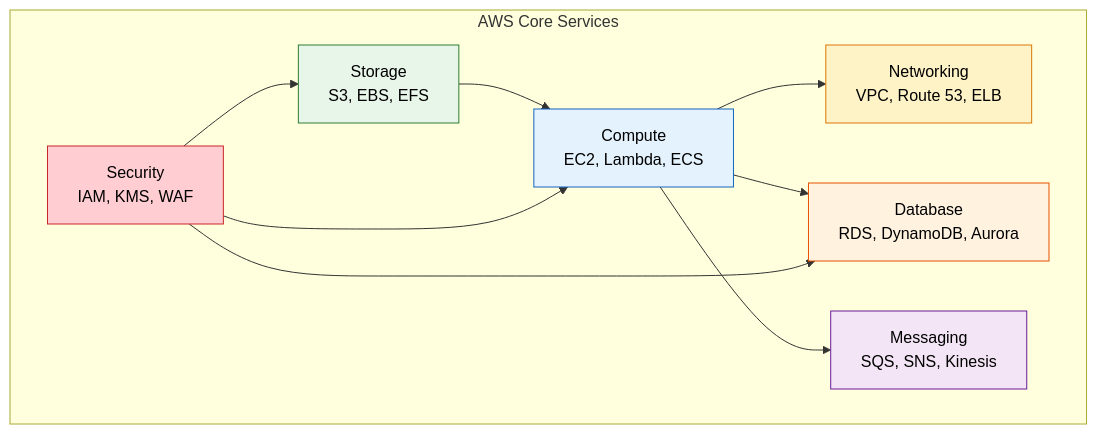
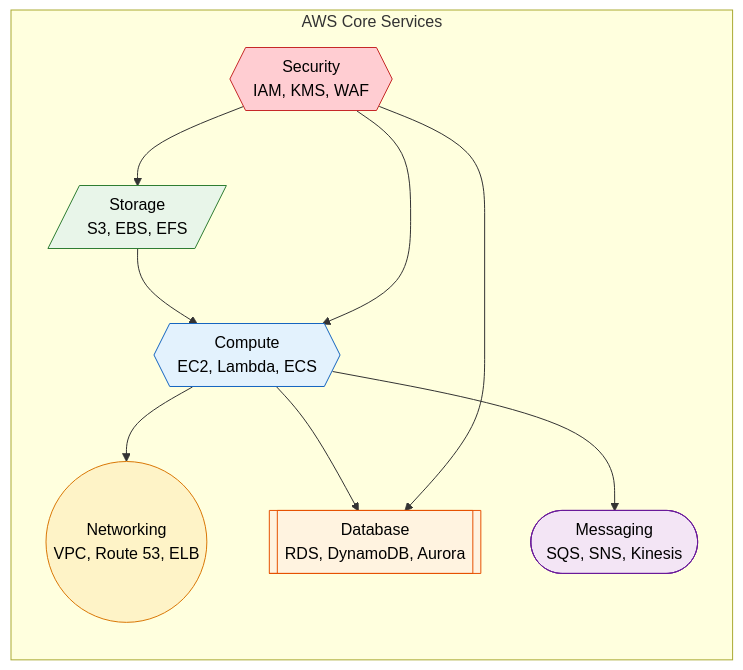
One commit to saivamsikaruturi/vamsilabs-dev-notes-main changed the first of 5 diagrams in docs/devops/aws.md. Above: the diagram before and after it, drawn with Mermaid. The commit also changed other lines of this file and 146 other files, not shown here.

Commit message:
Horizontal diagrams, UML class diagrams, typography overhaul, and permalink cleanup

````diff
--- a/docs/devops/aws.md
+++ b/docs/devops/aws.md
@@ -10,26 +10,26 @@
 ```mermaid
-flowchart TD
+flowchart LR
     subgraph AWS["AWS Core Services"]
-        C["Compute<br/>EC2, Lambda, ECS"]
-        S["Storage<br/>S3, EBS, EFS"]
-        D["Database<br/>RDS, DynamoDB, Aurora"]
-        M["Messaging<br/>SQS, SNS, Kinesis"]
-        N["Networking<br/>VPC, Route 53, ELB"]
-        SEC["Security<br/>IAM, KMS, WAF"]
+        C{{"Compute<br/>EC2, Lambda, ECS"}}
+        S[/"Storage<br/>S3, EBS, EFS"/]
+        D[["Database<br/>RDS, DynamoDB, Aurora"]]
+        M(["Messaging<br/>SQS, SNS, Kinesis"])
+        N(("Networking<br/>VPC, Route 53, ELB"))
+        SEC{{"Security<br/>IAM, KMS, WAF"}}
     end
 
     C --> N
     C --> D
     C --> M
     S --> C
     SEC --> C
     SEC --> S
     SEC --> D
 
     style C fill:#E3F2FD,stroke:#1565C0,color:#000
     style S fill:#E8F5E9,stroke:#2E7D32,color:#000
     style D fill:#FFF3E0,stroke:#E65100,color:#000
     style M fill:#F3E5F5,stroke:#6A1B9A,color:#000
     style N fill:#FEF3C7,stroke:#D97706,color:#000
     style SEC fill:#FFCDD2,stroke:#C62828,color:#000
 ```
````
